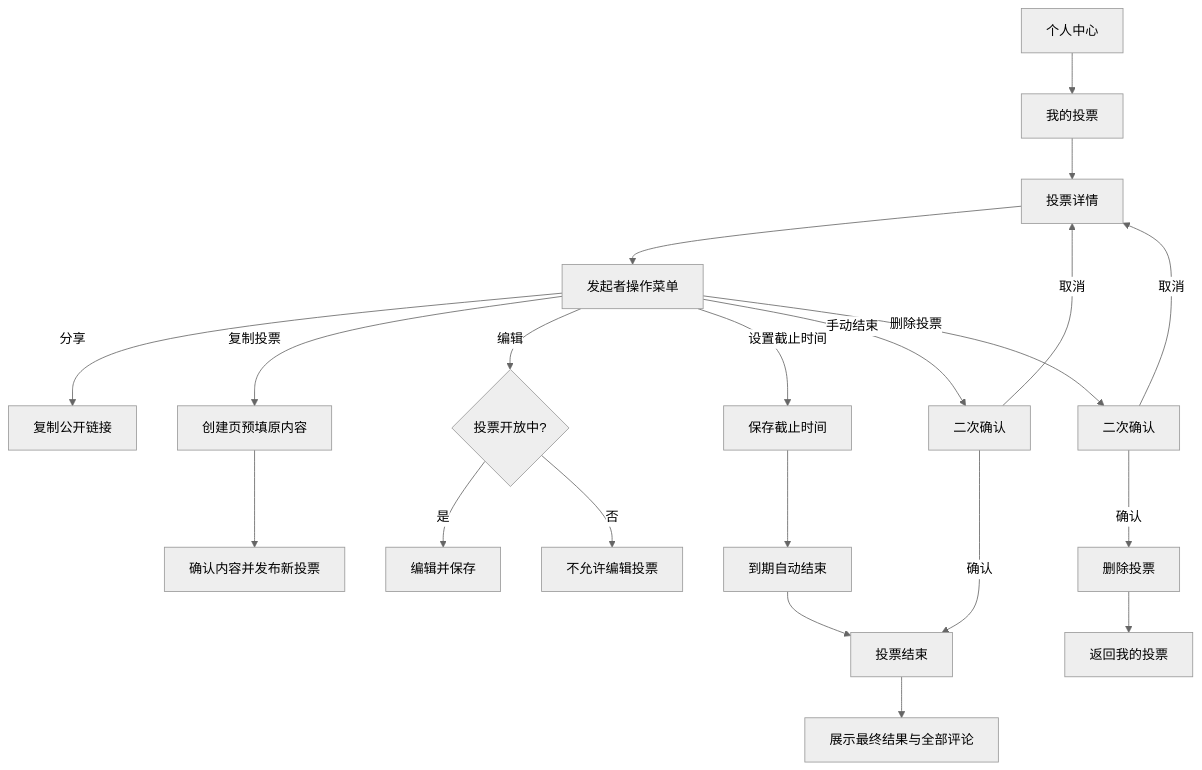
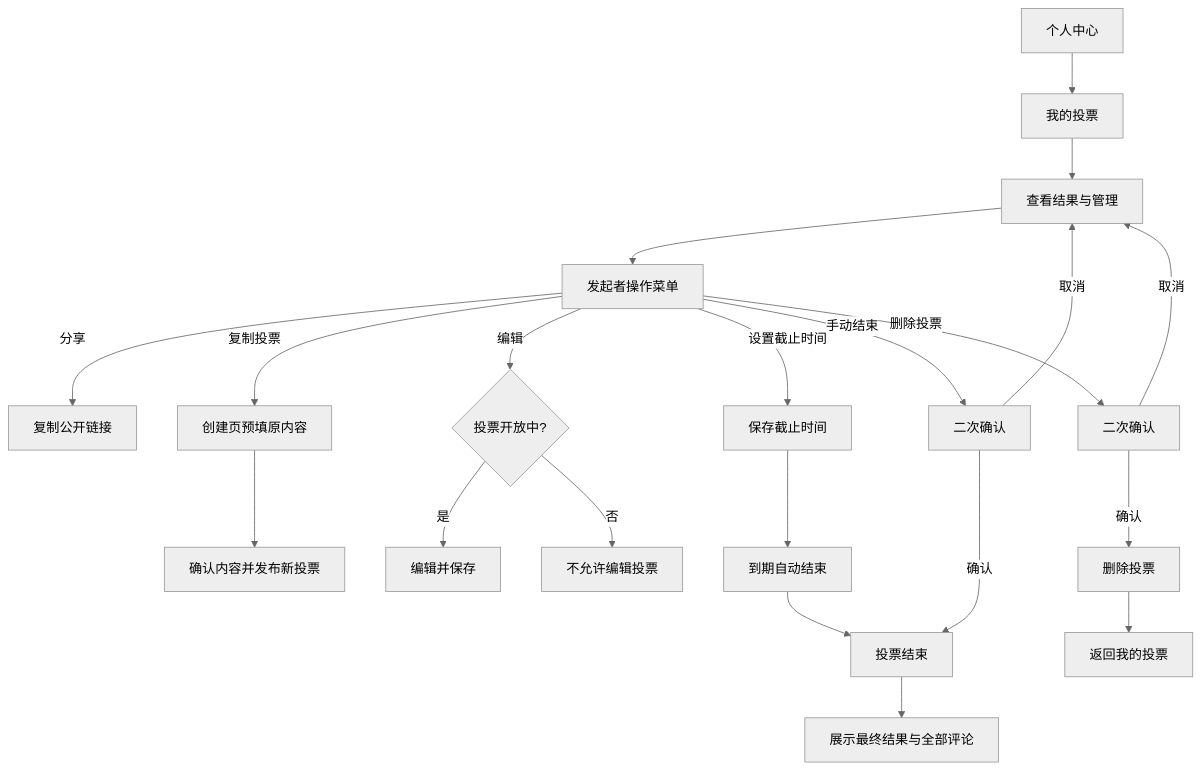
The fourth of 7 diagrams in docs/UserFlow.md (sd5913/The-Aliien-Repo), drawn with Mermaid (neutral theme) before and after one commit. The commit also changed other lines of this file and 2 other files, not shown here.

Commit message:
feat: update User Flow documentation to include soft login process and add English version

````diff
--- a/docs/UserFlow.md
+++ b/docs/UserFlow.md
@@ -108,28 +79,28 @@
 ```mermaid
 flowchart TD
     A[个人中心] --> B[我的投票]
-    B --> C[投票详情]
+    B --> C[查看结果与管理]
     C --> D[发起者操作菜单]
 
     D -->|分享| E[复制公开链接]
     D -->|复制投票| F[创建页预填原内容]
     F --> G[确认内容并发布新投票]
 
     D -->|编辑| H{投票开放中?}
     H -->|是| I[编辑并保存]
     H -->|否| J[不允许编辑投票]
 
     D -->|设置截止时间| K[保存截止时间]
     K --> L[到期自动结束]
 
     D -->|手动结束| M[二次确认]
     M -->|确认| N[投票结束]
     M -->|取消| C
     L --> N
     N --> O[展示最终结果与全部评论]
 
     D -->|删除投票| P[二次确认]
     P -->|确认| Q[删除投票]
     P -->|取消| C
     Q --> R[返回我的投票]
 ```
````
